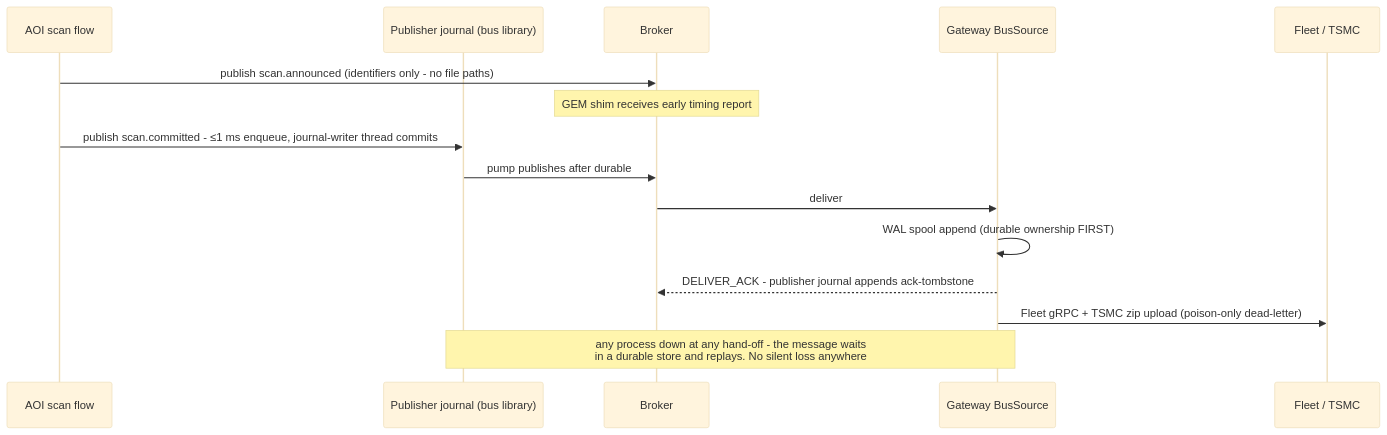
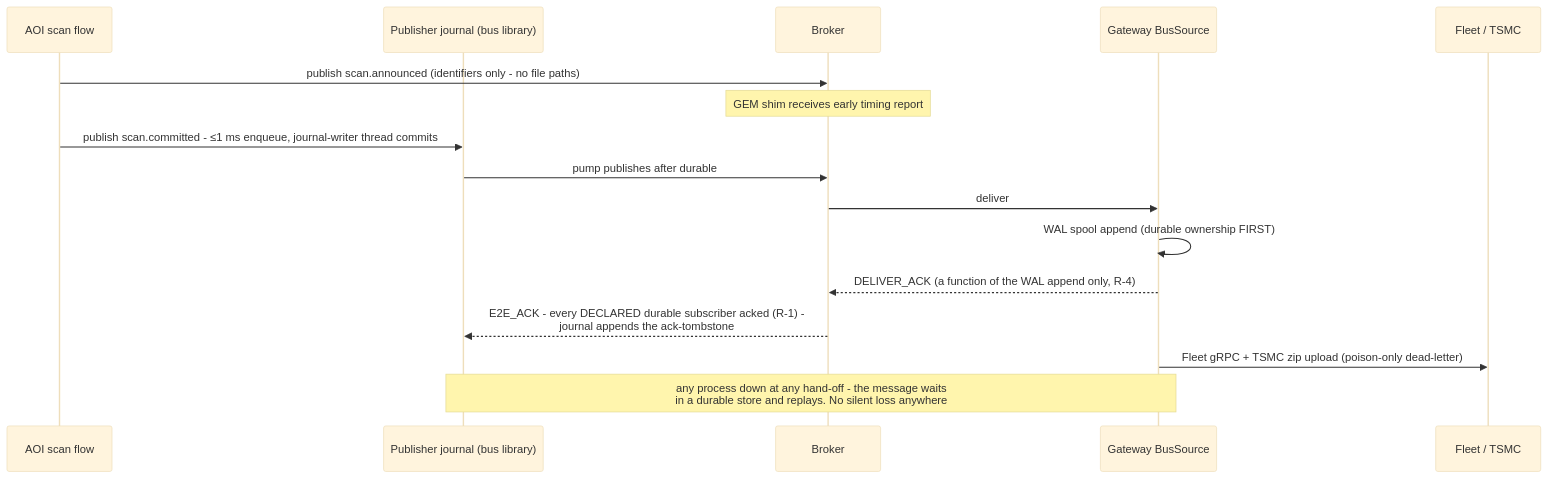
Before and after one commit to amitA-camtek/bus_gateway: the fourth of 15 diagrams in stage/01-system-architecture.md, drawn with Mermaid (base theme). The commit also changed other lines of this file and 20 other files, not shown here.

````diff
--- a/stage/01-system-architecture.md
+++ b/stage/01-system-architecture.md
@@ -102,18 +101,19 @@
 ```mermaid
 sequenceDiagram
     participant ST as AOI scan flow
     participant J as Publisher journal (bus library)
     participant BUS as Broker
     participant GW as Gateway BusSource
     participant EXT as Fleet / TSMC
 
     ST->>BUS: publish scan.announced (identifiers only - no file paths)
     Note over BUS: GEM shim receives early timing report
     ST->>J: publish scan.committed - ≤1 ms enqueue, journal-writer thread commits
     J->>BUS: pump publishes after durable
     BUS->>GW: deliver
     GW->>GW: WAL spool append (durable ownership FIRST)
-    GW-->>BUS: DELIVER_ACK - publisher journal appends ack-tombstone
+    GW-->>BUS: DELIVER_ACK (a function of the WAL append only, R-4)
+    BUS-->>J: E2E_ACK - every DECLARED durable subscriber acked (R-1) -<br/>journal appends the ack-tombstone
     GW->>EXT: Fleet gRPC + TSMC zip upload (poison-only dead-letter)
     Note over J,GW: any process down at any hand-off - the message waits<br/>in a durable store and replays. No silent loss anywhere
 ```
````
